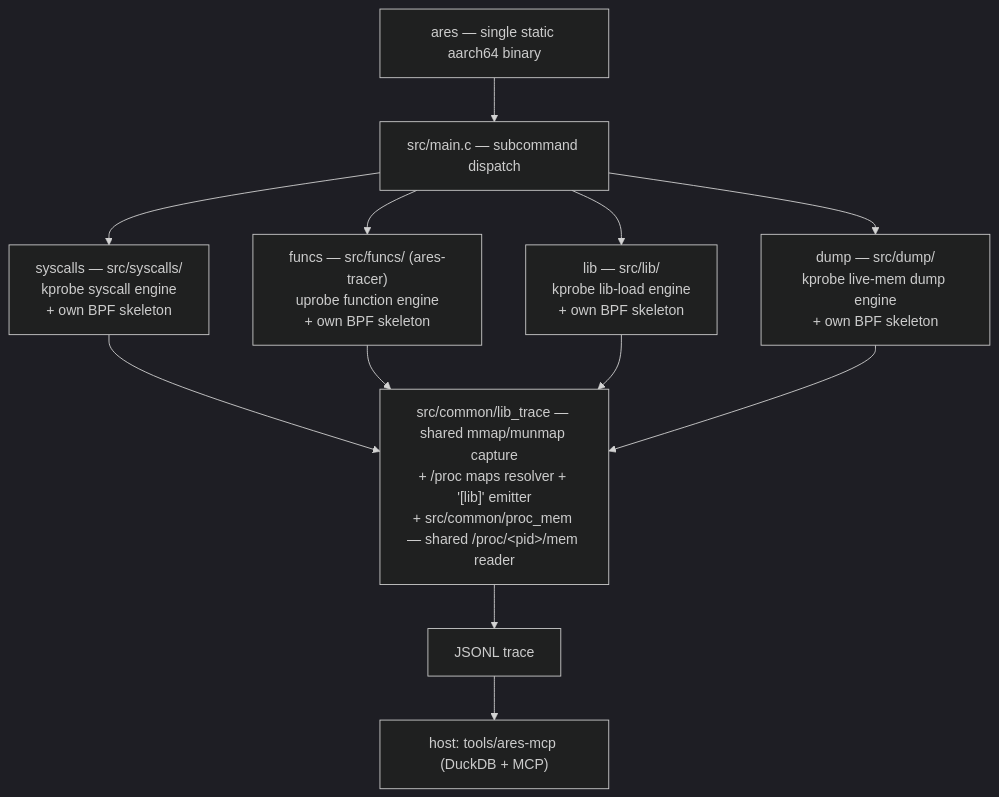
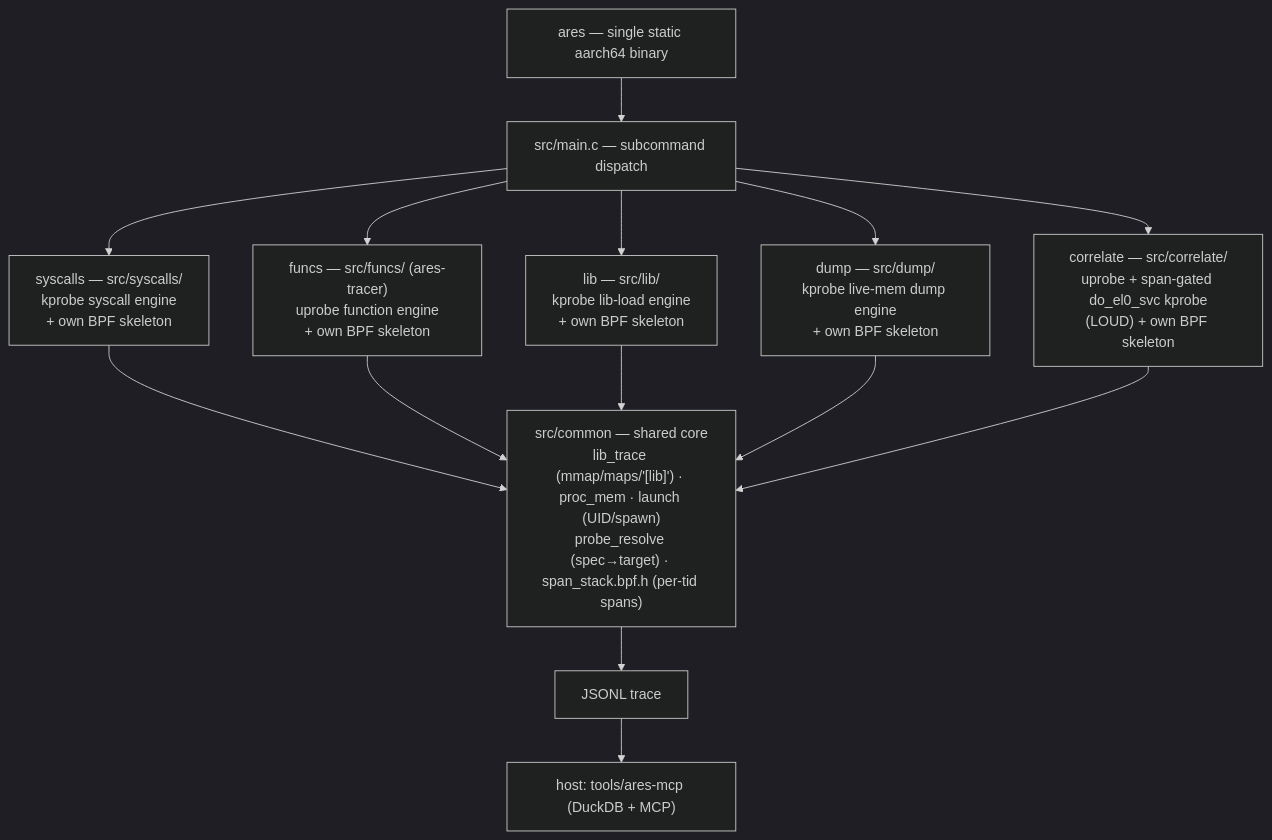
One commit to michaelaurelio/Anubee changed the diagram in DOCUMENTATION.md. Above: the diagram before and after it, drawn with Mermaid (dark theme). The commit also changed other lines of this file and 2 other files, not shown here.

First line of the commit message:
docs: document the 'correlate' engine (function->syscall)

````diff
--- a/DOCUMENTATION.md
+++ b/DOCUMENTATION.md
@@ -18,24 +18,27 @@
 ```mermaid
 flowchart TD
     ares["ares — single static aarch64 binary"]
     main["src/main.c — subcommand dispatch"]
     syscalls["syscalls — src/syscalls/<br/>kprobe syscall engine<br/>+ own BPF skeleton"]
     funcs["funcs — src/funcs/ (ares-tracer)<br/>uprobe function engine<br/>+ own BPF skeleton"]
     lib["lib — src/lib/<br/>kprobe lib-load engine<br/>+ own BPF skeleton"]
     dump["dump — src/dump/<br/>kprobe live-mem dump engine<br/>+ own BPF skeleton"]
-    common["src/common/lib_trace — shared mmap/munmap capture<br/>+ /proc maps resolver + '[lib]' emitter<br/>+ src/common/proc_mem — shared /proc/&lt;pid&gt;/mem reader"]
+    correlate["correlate — src/correlate/<br/>uprobe + span-gated do_el0_svc kprobe<br/>(LOUD) + own BPF skeleton"]
+    common["src/common — shared core<br/>lib_trace (mmap/maps/'[lib]') · proc_mem · launch (UID/spawn)<br/>probe_resolve (spec→target) · span_stack.bpf.h (per-tid spans)"]
     trace["JSONL trace"]
     mcp["host: tools/ares-mcp (DuckDB + MCP)"]
 
     ares --> main
     main --> syscalls
     main --> funcs
     main --> lib
     main --> dump
+    main --> correlate
     syscalls --> common
     funcs --> common
     lib --> common
     dump --> common
+    correlate --> common
     common --> trace
     trace --> mcp
 ```
````
